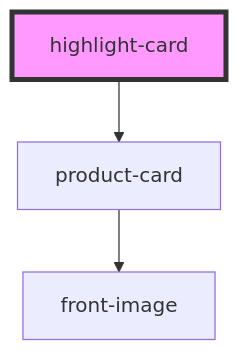
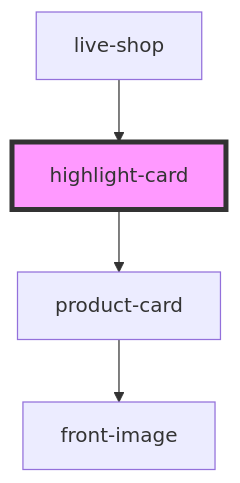
Before and after one commit to commerce-suite/storefront-components: the diagram in src/components/ui/highlight-card/readme.md, drawn with Mermaid. The commit also changed other lines of this file and 13 other files, not shown here.

Commit message:
feat: cria wrapper live shop mobile

````diff
--- a/src/components/ui/highlight-card/readme.md
+++ b/src/components/ui/highlight-card/readme.md
@@ -29,6 +33,7 @@
 ```mermaid
 graph TD;
   highlight-card --> product-card
   product-card --> front-image
+  live-shop --> highlight-card
   style highlight-card fill:#f9f,stroke:#333,stroke-width:4px
 ```
````
